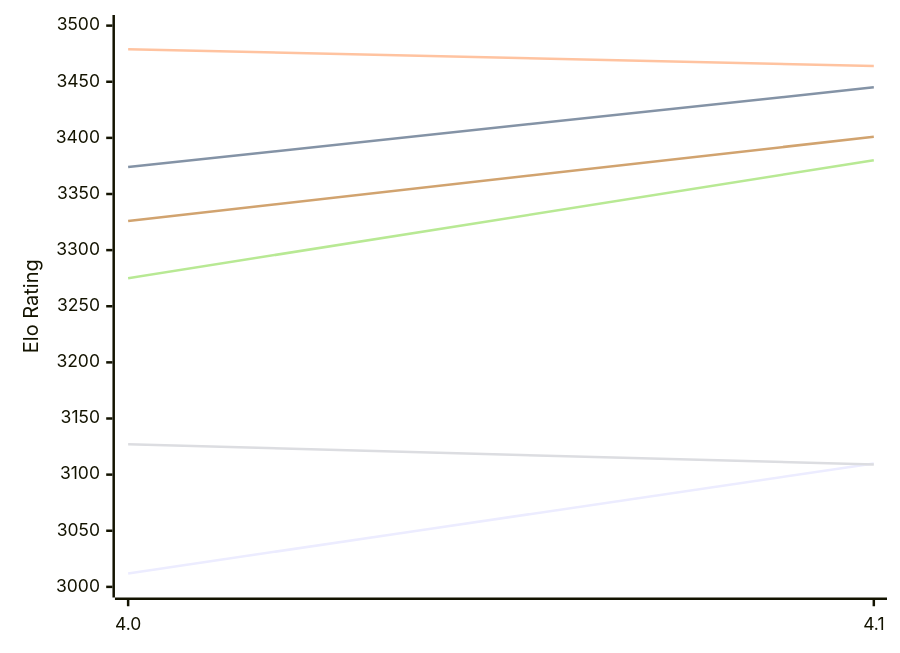
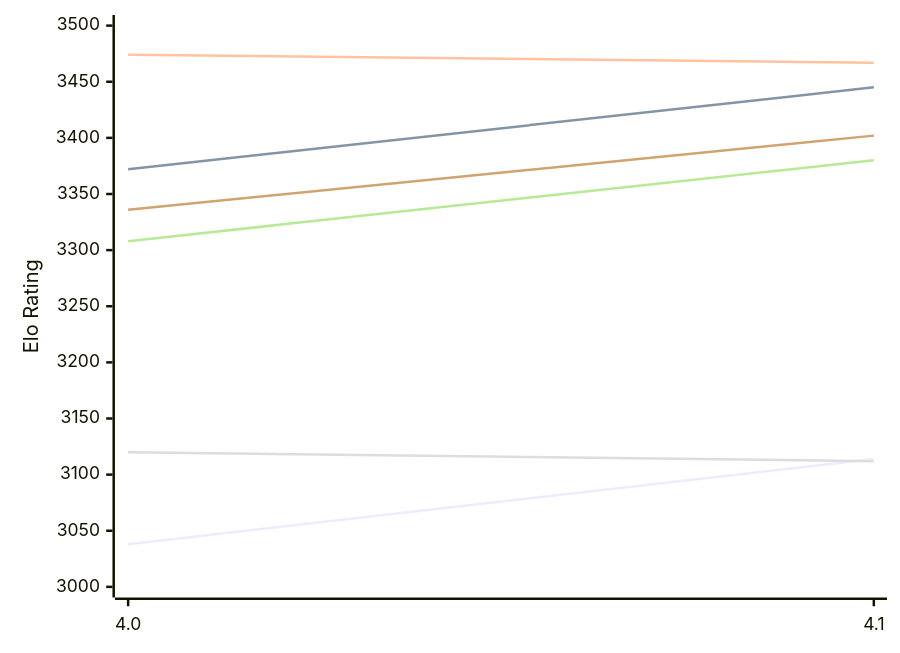
The first of 2 diagrams in engines/Eleanor.md (computer-chess-index/cci), drawn with Mermaid before and after one commit. The commit also changed other lines of this file, not shown here.

Commit message:
Update CCI Ratings (ELO VLTC) - 2026-11-17

````diff
--- a/engines/Eleanor.md
+++ b/engines/Eleanor.md
@@ -51,12 +51,12 @@
 ```mermaid
 %%{init: {"theme":"base","themeVariables":{"seriesColors:['#a3a3a3','#222221','#faa371']}}}%%
 xychart-beta
   x-axis ["4.0", "4.1"]
   y-axis "Elo Rating" 3000 --> 3500
-  line "E1: STC (8.0+0.08s)" [3012, 3110]
-  line "E1: LTC (60.0+0.60s)" [3374, 3445]
-  line "E1: VLTC (2m24s+1.12s)" [3479, 3464]
-  line "P1: STC (8.0+0.08s)" [3127, 3109]
-  line "P1: LTC (60.0+0.60s)" [3275, 3380]
-  line "P1: VLTC (2m24s+1.12s)" [3326, 3401]
+  line "E1: STC (8.0+0.08s)" [3038, 3114]
+  line "E1: LTC (60.0+0.60s)" [3372, 3445]
+  line "E1: VLTC (2m24s+1.12s)" [3474, 3467]
+  line "P1: STC (8.0+0.08s)" [3120, 3112]
+  line "P1: LTC (60.0+0.60s)" [3308, 3380]
+  line "P1: VLTC (2m24s+1.12s)" [3336, 3402]
 ```
````
